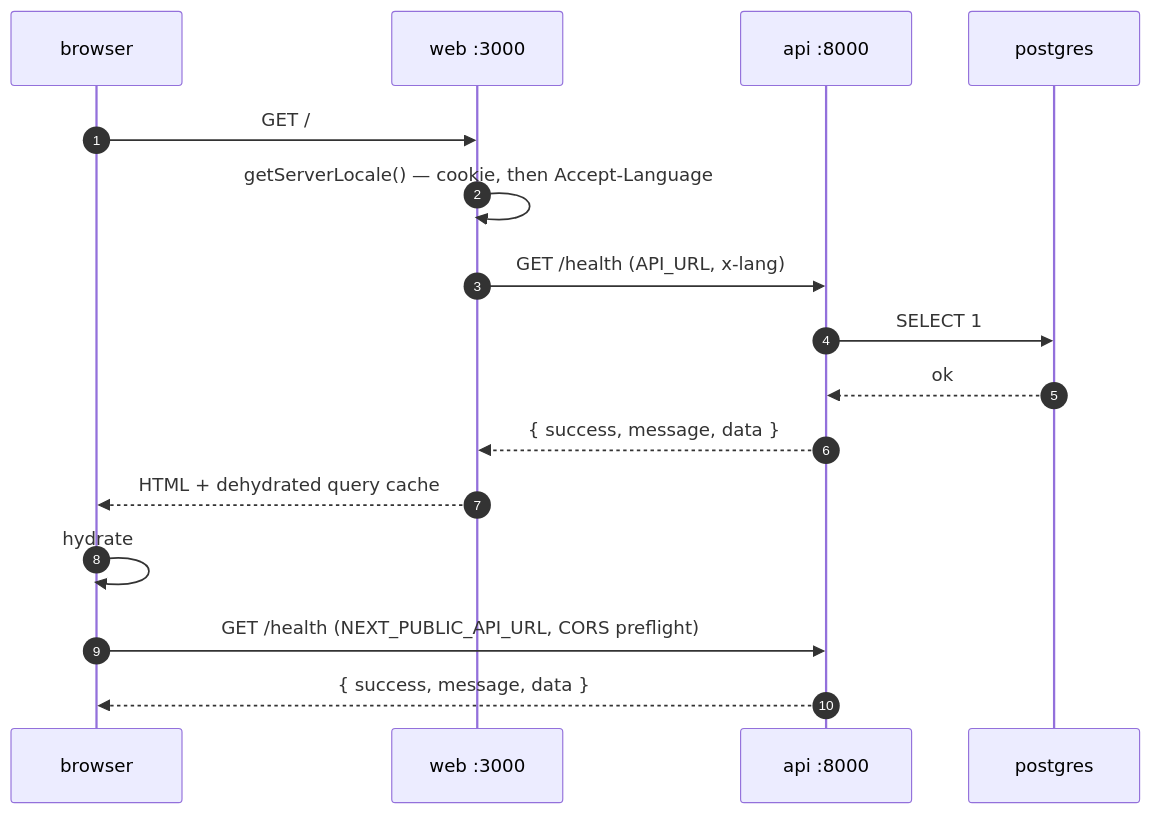
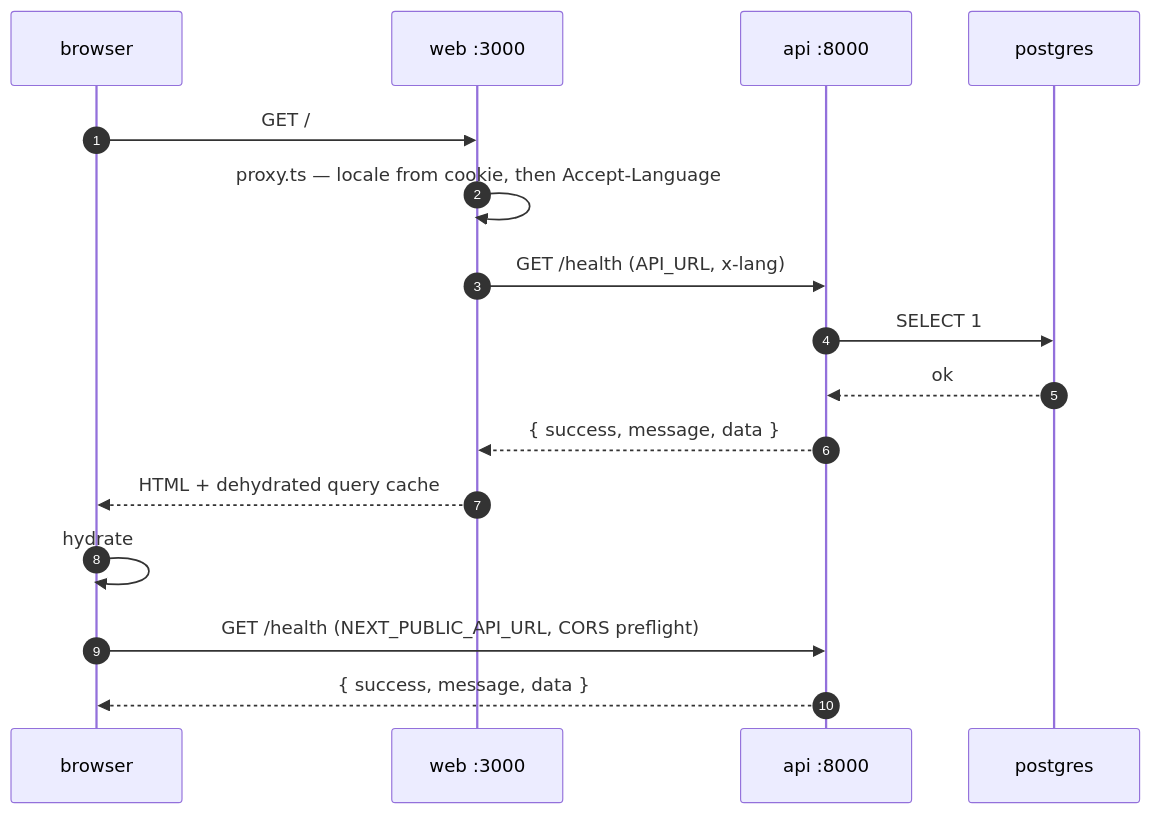
The first of 2 diagrams in docs/architecture.md (toraaoo/fullstack-monorepo), drawn with Mermaid before and after one commit. The commit also changed 16 other files, not shown here.

````diff
--- a/docs/architecture.md
+++ b/docs/architecture.md
@@ -21,19 +21,19 @@
 ```mermaid
 sequenceDiagram
     autonumber
     participant B as browser
     participant W as web :3000
     participant A as api :8000
     participant D as postgres
 
     B->>W: GET /
-    W->>W: getServerLocale() — cookie, then Accept-Language
+    W->>W: proxy.ts — locale from cookie, then Accept-Language
     W->>A: GET /health (API_URL, x-lang)
     A->>D: SELECT 1
     D-->>A: ok
     A-->>W: { success, message, data }
     W-->>B: HTML + dehydrated query cache
     B->>B: hydrate
     B->>A: GET /health (NEXT_PUBLIC_API_URL, CORS preflight)
     A-->>B: { success, message, data }
 ```
````
